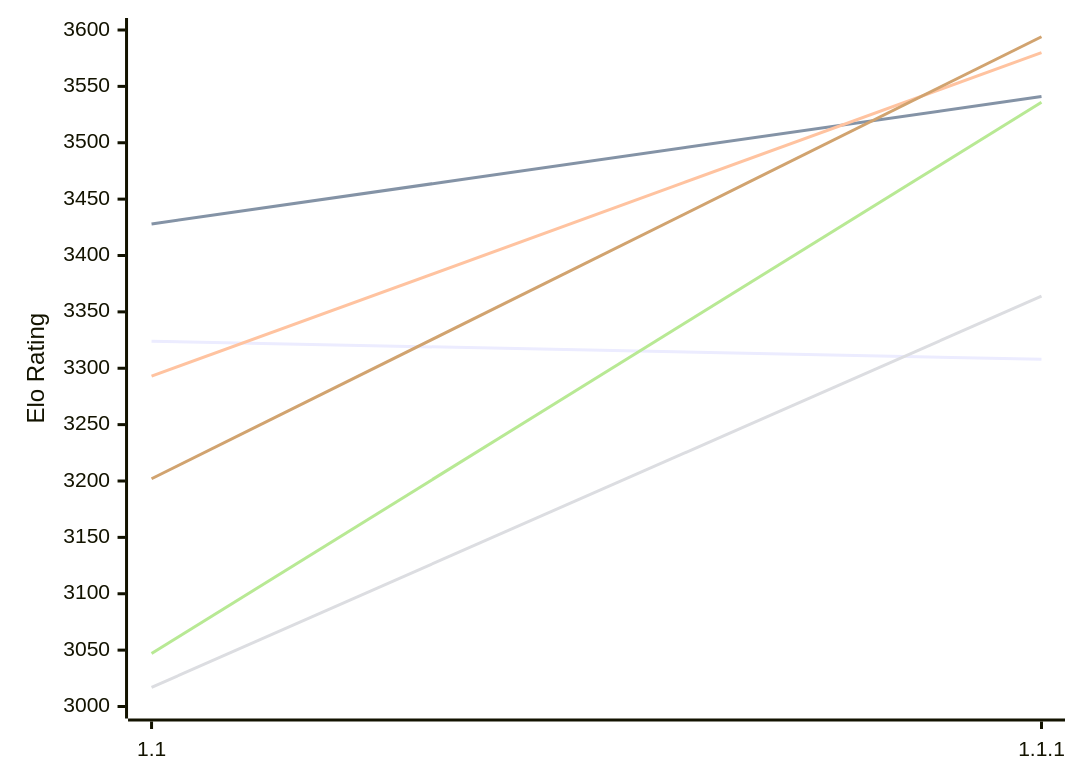
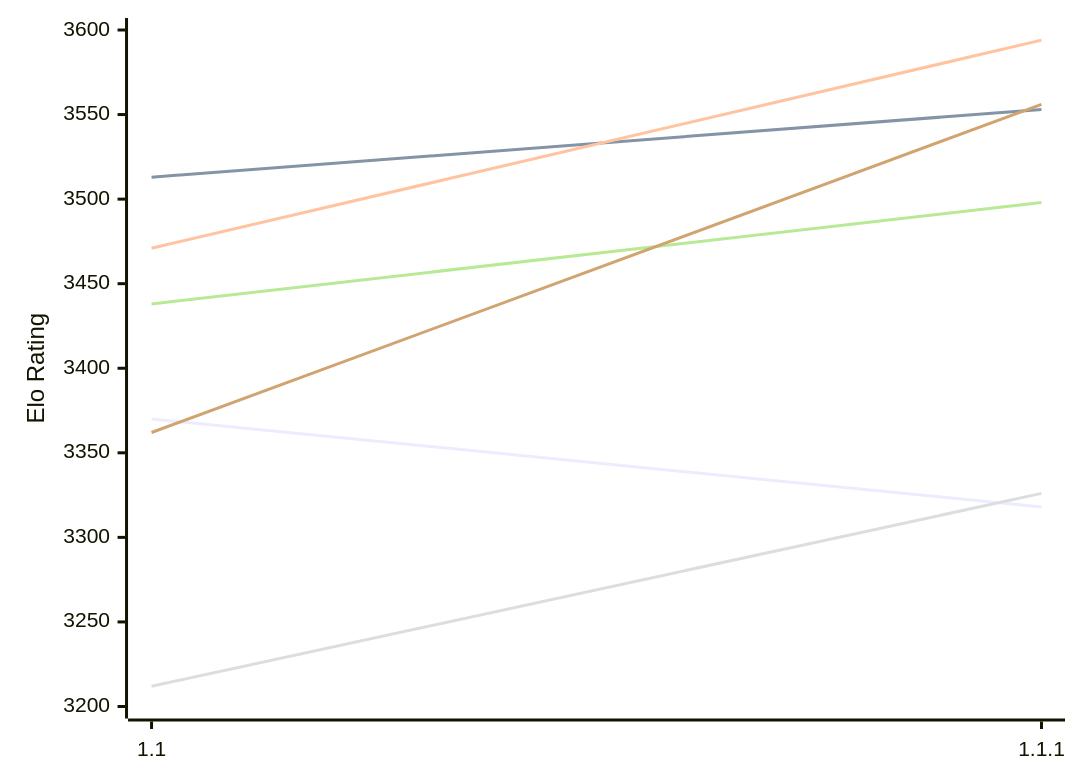
Before and after one commit to computer-chess-index/cci: the first of 2 diagrams in engines/Icarus.md, drawn with Mermaid. The commit also changed other lines of this file, not shown here.

Commit message:
Update CCI Ratings (ELO VLTC) - 2026-11-14

````diff
--- a/engines/Icarus.md
+++ b/engines/Icarus.md
@@ -51,12 +51,12 @@
 ```mermaid
 %%{init: {"theme":"base","themeVariables":{"seriesColors:['#a3a3a3','#222221','#faa371']}}}%%
 xychart-beta
   x-axis ["1.1", "1.1.1"]
-  y-axis "Elo Rating" 3000 --> 3600
-  line "E1: STC (8.0+0.08s)" [3324, 3308]
-  line "E1: LTC (60.0+0.60s)" [3428, 3541]
-  line "E1: VLTC (2m24s+1.12s)" [3293, 3580]
-  line "P1: STC (8.0+0.08s)" [3017, 3364]
-  line "P1: LTC (60.0+0.60s)" [3047, 3536]
-  line "P1: VLTC (2m24s+1.12s)" [3202, 3594]
+  y-axis "Elo Rating" 3200 --> 3600
+  line "E1: STC (8.0+0.08s)" [3370, 3318]
+  line "E1: LTC (60.0+0.60s)" [3513, 3553]
+  line "E1: VLTC (2m24s+1.12s)" [3471, 3594]
+  line "P1: STC (8.0+0.08s)" [3212, 3326]
+  line "P1: LTC (60.0+0.60s)" [3438, 3498]
+  line "P1: VLTC (2m24s+1.12s)" [3362, 3556]
 ```
````
